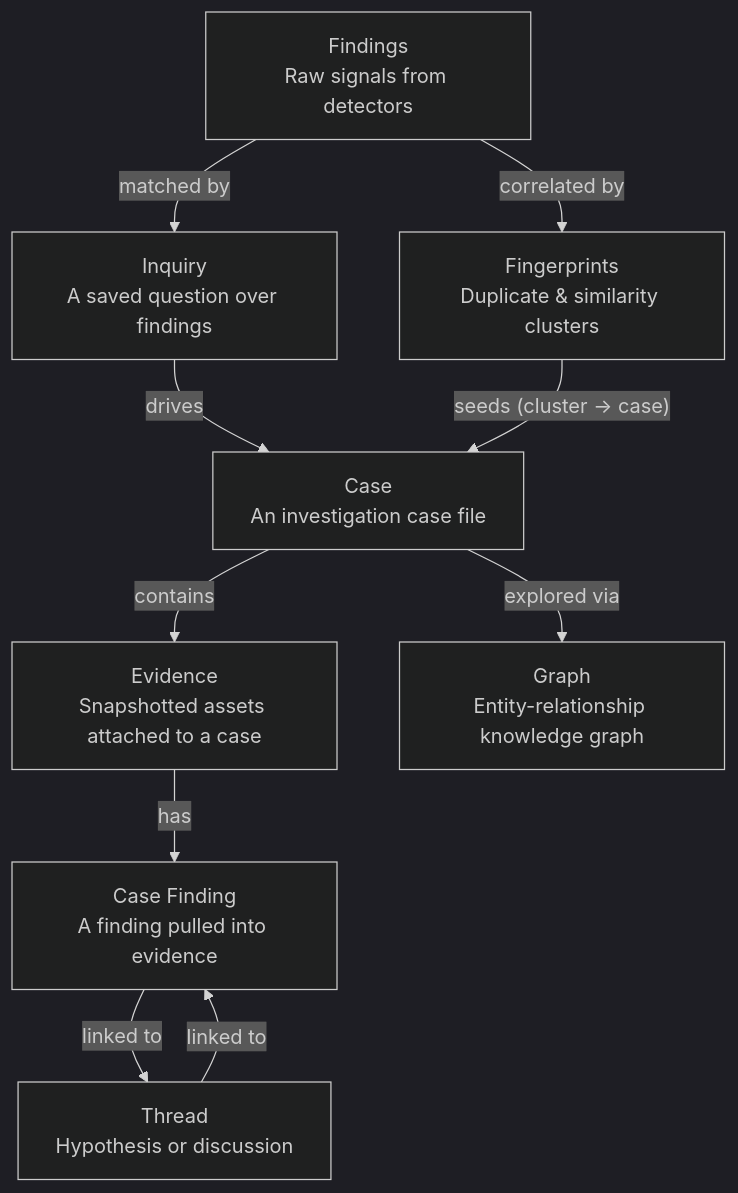
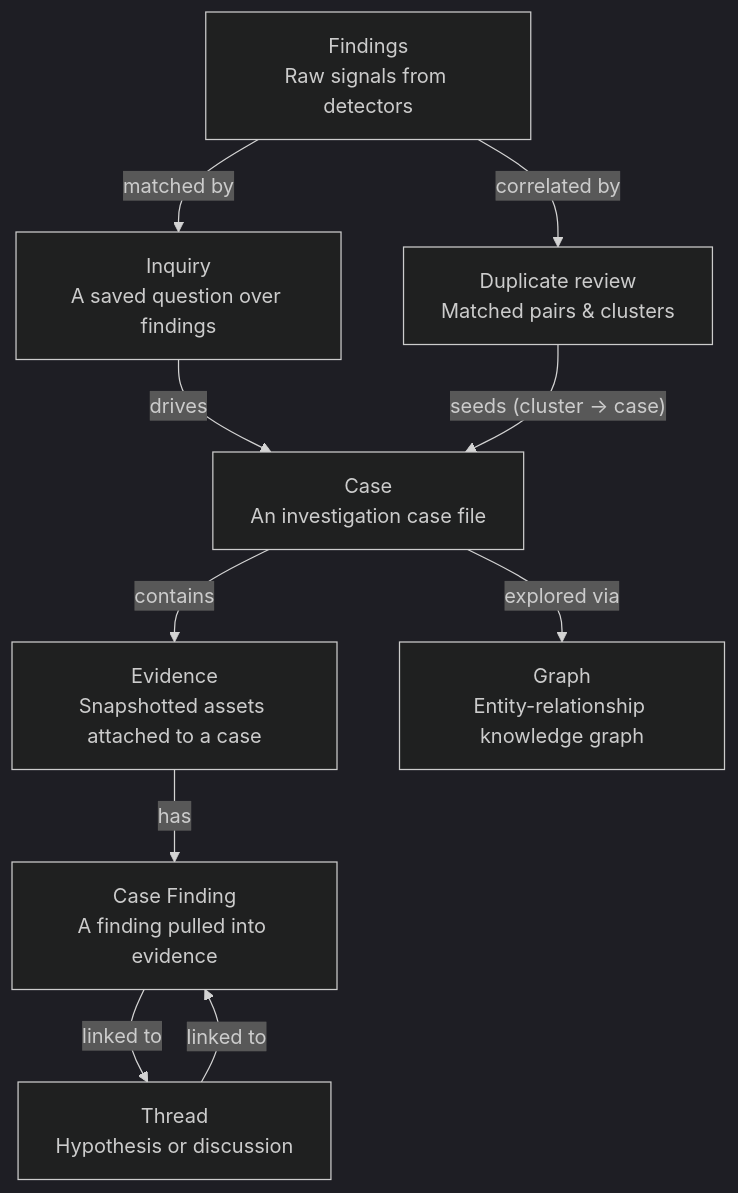
Before and after one commit to classifyre/classifyre: the second of 3 diagrams in apps/docs/app/investigations/page.mdx, drawn with Mermaid (dark theme). The commit also changed other lines of this file and 47 other files, not shown here.

First line of the commit message:
feat(duplicates): fix review-queue gaps, document it, retire fingerprints

````diff
--- a/apps/docs/app/investigations/page.mdx
+++ b/apps/docs/app/investigations/page.mdx
@@ -72,21 +72,21 @@
 ```mermaid
 graph TD
     Findings["Findings<br/>Raw signals from detectors"]
     Inquiry["Inquiry<br/>A saved question over findings"]
-    FP["Fingerprints<br/>Duplicate & similarity clusters"]
+    FP["Duplicate review<br/>Matched pairs & clusters"]
     Case["Case<br/>An investigation case file"]
     Evidence["Evidence<br/>Snapshotted assets attached to a case"]
     CaseFinding["Case Finding<br/>A finding pulled into evidence"]
     Thread["Thread<br/>Hypothesis or discussion"]
     Graph["Graph<br/>Entity-relationship knowledge graph"]
 
     Findings -- "matched by" --> Inquiry
     Findings -- "correlated by" --> FP
     Inquiry -- "drives" --> Case
     FP -- "seeds (cluster → case)" --> Case
     Case -- "contains" --> Evidence
     Evidence -- "has" --> CaseFinding
     CaseFinding -- "linked to" --> Thread
     Case -- "explored via" --> Graph
     Thread -- "linked to" --> CaseFinding
 ```
````
